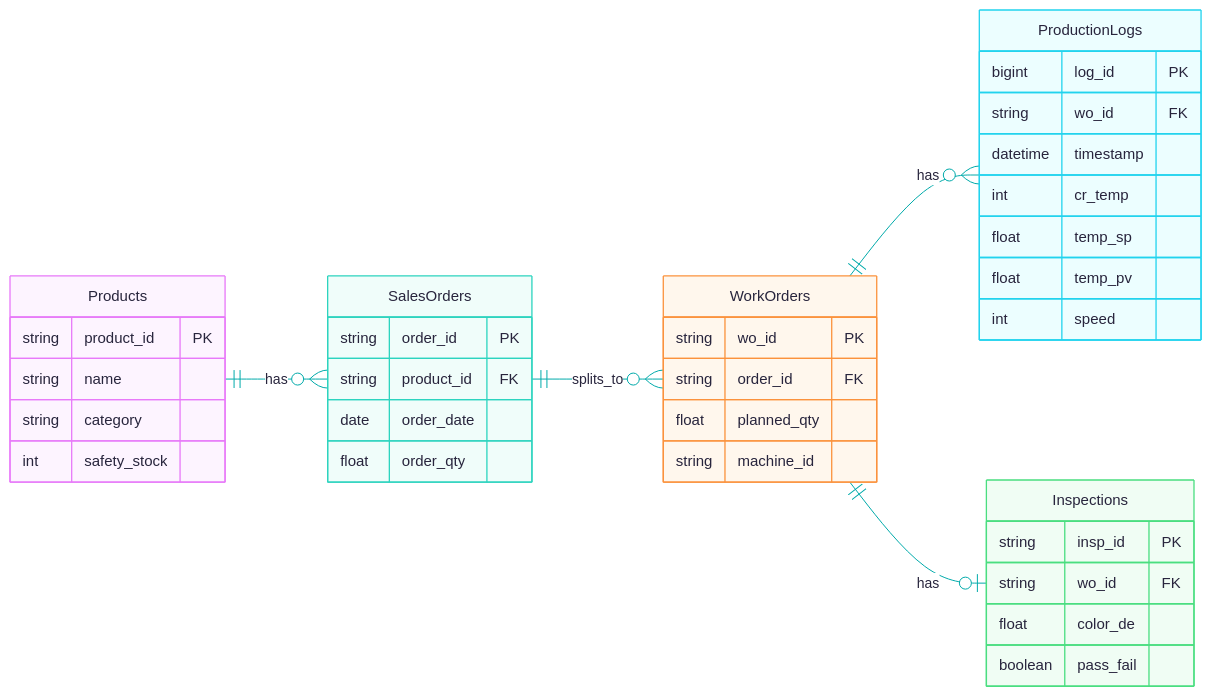
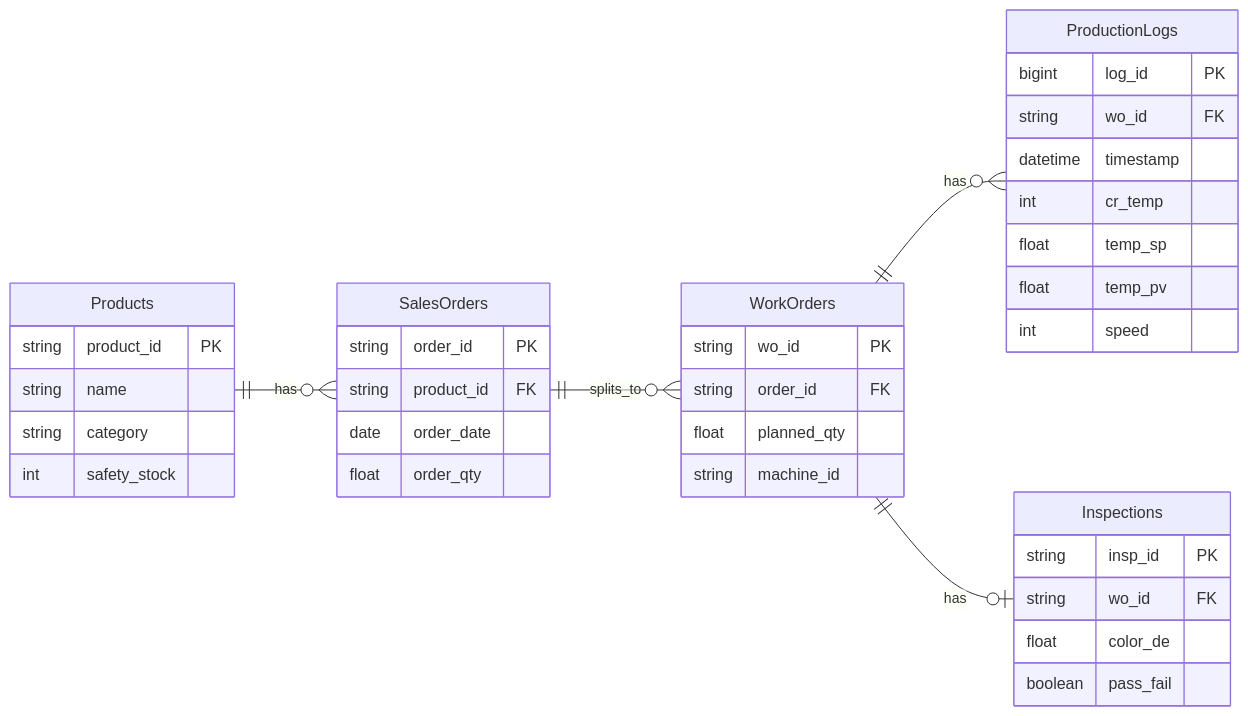
One commit to dapin1490/satinbower changed the diagram in _posts/HAE 모빌리티 SW 스쿨/2026-04-27-HAE-web-prj.md. Above: the diagram before and after it, drawn with Mermaid.

Commit message:
fix: 머메이드 차트 렌더링 고침

```diff
--- a/_posts/HAE 모빌리티 SW 스쿨/2026-04-27-HAE-web-prj.md
+++ b/_posts/HAE 모빌리티 SW 스쿨/2026-04-27-HAE-web-prj.md
@@ -168,50 +168,48 @@
     <div class="mermaid">
-
-    %%{init: { 'theme': 'redux-color', 'themeVariables': { 'lineColor': '#00aaaa', 'fontSize': '15px', 'background': '#000000' } } }%%
 
     erDiagram
       direction LR
       Products {
         string product_id PK ""
         string name  ""
         string category  ""
         int safety_stock  ""
       }
 
       SalesOrders {
         string order_id PK ""
         string product_id FK ""
         date order_date  ""
         float order_qty  ""
       }
 
       WorkOrders {
         string wo_id PK ""
         string order_id FK ""
         float planned_qty  ""
         string machine_id  ""
       }
 
       ProductionLogs {
         bigint log_id PK ""
         string wo_id FK ""
         datetime timestamp  ""
         int cr_temp  ""
         float temp_sp  ""
         float temp_pv  ""
         int speed  ""
       }
 
       Inspections {
         string insp_id PK ""
         string wo_id FK ""
         float color_de  ""
         boolean pass_fail  ""
       }
 
       Products||--o{SalesOrders:"has"
       SalesOrders||--o{WorkOrders:"splits_to"
       WorkOrders||--o{ProductionLogs:"has"
       WorkOrders||--o|Inspections:"has"
 
     </div>
```
